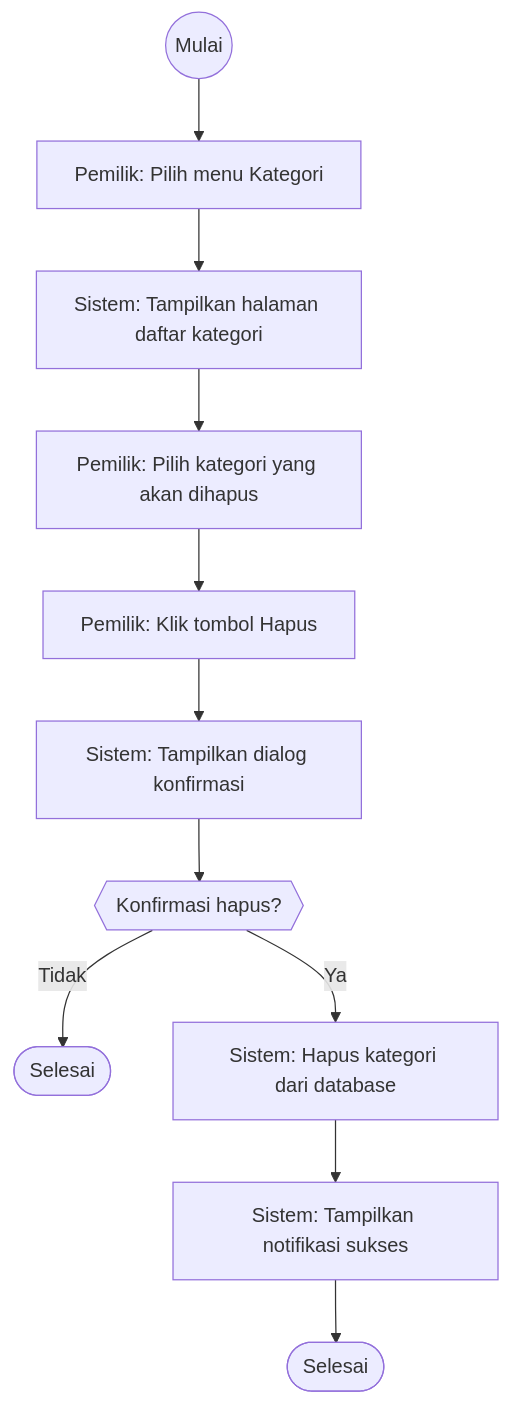
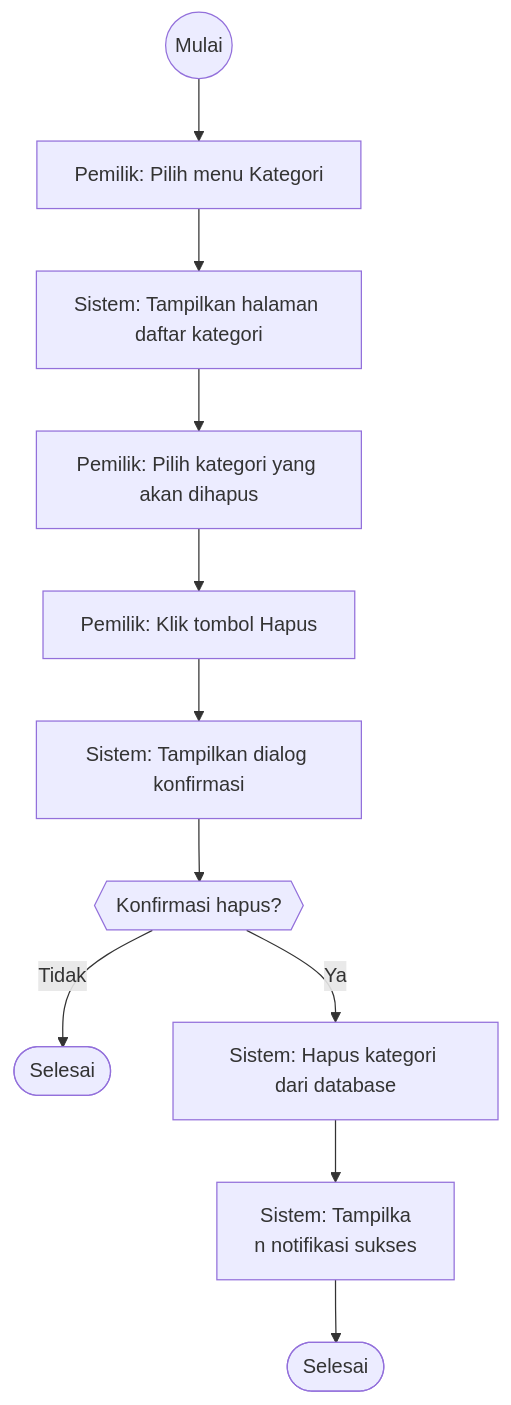
Before and after one commit to devWebs01/POS-DW: diagram 27 of 40 in docs/4.2-perancangan-sistem.md, drawn with Mermaid. The commit also changed other lines of this file, not shown here.

````diff
--- a/docs/4.2-perancangan-sistem.md
+++ b/docs/4.2-perancangan-sistem.md
@@ -1644,20 +1781,21 @@
 ```mermaid
 flowchart TD
   start((Mulai))
   A_A["Pemilik: Pilih menu Kategori"]
   start --> A_A
   S_A["Sistem: Tampilkan halaman daftar kategori"]
   A_A --> S_A
   A_B["Pemilik: Pilih kategori yang akan dihapus"]
   S_A --> A_B
   A_C["Pemilik: Klik tombol Hapus"]
   A_B --> A_C
   S_B["Sistem: Tampilkan dialog konfirmasi"]
   A_C --> S_B
   D_A{{"Konfirmasi hapus?"}}
   S_B --> D_A
   D_A -->|Tidak| end_cancel([Selesai])
   D_A -->|Ya| S_C["Sistem: Hapus kategori dari database"]
-  S_C --> S_D["Sistem: Tampilkan notifikasi sukses"]
+  S_C --> S_D["Sistem: Tampilka
+n notifikasi sukses"]
   S_D --> end_success([Selesai])
 ```
````
